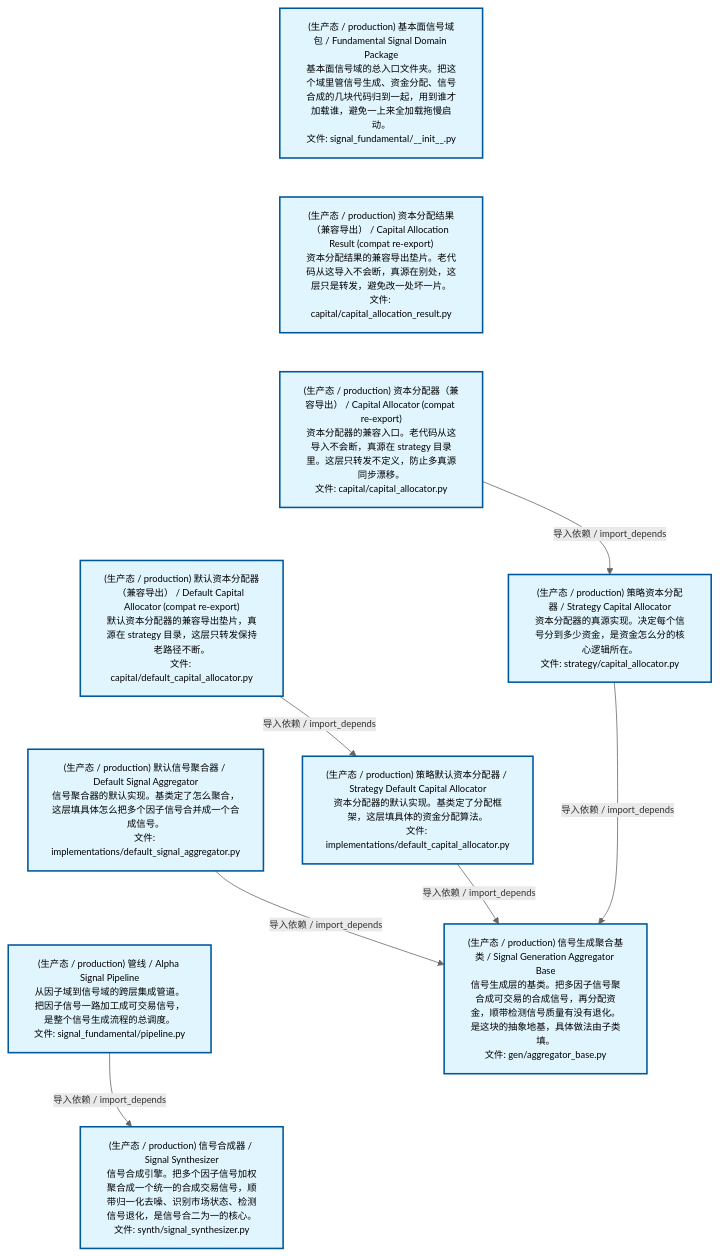
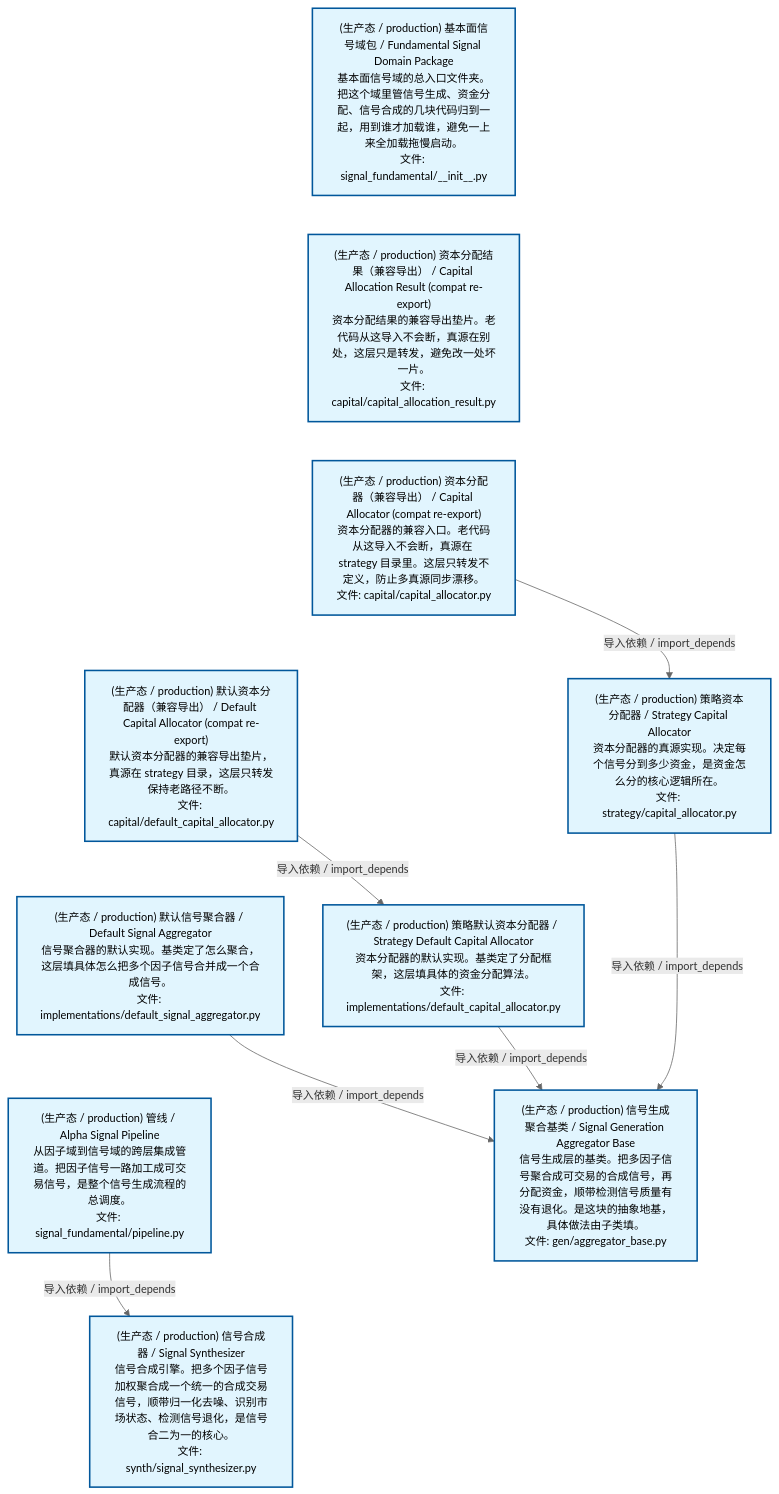
Before and after one commit to xuanFelixVan/ZephyrAlpha: the second of 4 diagrams in docs/02_enterprise_architecture/02_domain_architecture_docs/48_d_fundamental_signal.md, drawn with Mermaid. The commit also changed other lines of this file and 61 other files, not shown here.

````diff
--- a/docs/02_enterprise_architecture/02_domain_architecture_docs/48_d_fundamental_signal.md
+++ b/docs/02_enterprise_architecture/02_domain_architecture_docs/48_d_fundamental_signal.md
@@ -123,32 +123,32 @@
 ```mermaid
-%%{init: {'theme': 'base', 'themeVariables': {'primaryColor': '#eaeaea', 'primaryTextColor': '#333333', 'primaryBorderColor': '#666666', 'lineColor': '#666666', 'secondaryColor': '#eaeaea', 'tertiaryColor': '#eaeaea', 'fontSize': '12px'}}}%%
+%%{init: {'theme': 'base', 'themeVariables': {'primaryColor': '#eaeaea', 'primaryTextColor': '#333333', 'primaryBorderColor': '#666666', 'lineColor': '#666666', 'secondaryColor': '#eaeaea', 'tertiaryColor': '#eaeaea', 'fontSize': '14px'}}}%%
 flowchart TD
     src_zephyr_signal_fundamental_init_py["(生产态 / production) 基本面信号域包 / Fundamental Signal Domain Package<br/>基本面信号域的总入口文件夹。把这个域里管信号生成、资金分配、信号合成的几块代码归到一起，用到谁才加载谁，避免一上来全加载拖慢启动。<br/>文件: signal_fundamental/__init__.py"]
     src_zephyr_signal_fundamental_capital_capital_allocation_result_py["(生产态 / production) 资本分配结果（兼容导出） / Capital Allocation Result (compat re-export)<br/>资本分配结果的兼容导出垫片。老代码从这导入不会断，真源在别处，这层只是转发，避免改一处坏一片。<br/>文件: capital/capital_allocation_result.py"]
     src_zephyr_signal_fundamental_capital_capital_allocator_py["(生产态 / production) 资本分配器（兼容导出） / Capital Allocator (compat re-export)<br/>资本分配器的兼容入口。老代码从这导入不会断，真源在 strategy 目录里。这层只转发不定义，防止多真源同步漂移。<br/>文件: capital/capital_allocator.py"]
     src_zephyr_signal_fundamental_capital_default_capital_allocator_py["(生产态 / production) 默认资本分配器（兼容导出） / Default Capital Allocator (compat re-export)<br/>默认资本分配器的兼容导出垫片，真源在 strategy 目录，这层只转发保持老路径不断。<br/>文件: capital/default_capital_allocator.py"]
     src_zephyr_signal_fundamental_gen_implementations_default_signal_aggregator_py["(生产态 / production) 默认信号聚合器 / Default Signal Aggregator<br/>信号聚合器的默认实现。基类定了怎么聚合，这层填具体怎么把多个因子信号合并成一个合成信号。<br/>文件: implementations/default_signal_aggregator.py"]
     src_zephyr_signal_fundamental_pipeline_py["(生产态 / production) 管线 / Alpha Signal Pipeline<br/>从因子域到信号域的跨层集成管道。把因子信号一路加工成可交易信号，是整个信号生成流程的总调度。<br/>文件: signal_fundamental/pipeline.py"]
     src_zephyr_signal_fundamental_init_py ~~~ src_zephyr_signal_fundamental_capital_capital_allocation_result_py
     src_zephyr_signal_fundamental_capital_capital_allocation_result_py ~~~ src_zephyr_signal_fundamental_capital_capital_allocator_py
     src_zephyr_signal_fundamental_capital_capital_allocator_py ~~~ src_zephyr_signal_fundamental_capital_default_capital_allocator_py
     src_zephyr_signal_fundamental_capital_default_capital_allocator_py ~~~ src_zephyr_signal_fundamental_gen_implementations_default_signal_aggregator_py
     src_zephyr_signal_fundamental_gen_implementations_default_signal_aggregator_py ~~~ src_zephyr_signal_fundamental_pipeline_py
     src_zephyr_signal_fundamental_strategy_capital_allocator_py["(生产态 / production) 策略资本分配器 / Strategy Capital Allocator<br/>资本分配器的真源实现。决定每个信号分到多少资金，是资金怎么分的核心逻辑所在。<br/>文件: strategy/capital_allocator.py"]
     src_zephyr_signal_fundamental_strategy_implementations_default_capital_allocator_py["(生产态 / production) 策略默认资本分配器 / Strategy Default Capital Allocator<br/>资本分配器的默认实现。基类定了分配框架，这层填具体的资金分配算法。<br/>文件: implementations/default_capital_allocator.py"]
     src_zephyr_signal_fundamental_synth_signal_synthesizer_py["(生产态 / production) 信号合成器 / Signal Synthesizer<br/>信号合成引擎。把多个因子信号加权聚合成一个统一的合成交易信号，顺带归一化去噪、识别市场状态、检测信号退化，是信号合二为一的核心。<br/>文件: synth/signal_synthesizer.py"]
     src_zephyr_signal_fundamental_strategy_capital_allocator_py ~~~ src_zephyr_signal_fundamental_strategy_implementations_default_capital_allocator_py
     src_zephyr_signal_fundamental_strategy_implementations_default_capital_allocator_py ~~~ src_zephyr_signal_fundamental_synth_signal_synthesizer_py
     src_zephyr_signal_fundamental_gen_aggregator_base_py["(生产态 / production) 信号生成聚合基类 / Signal Generation Aggregator Base<br/>信号生成层的基类。把多因子信号聚合成可交易的合成信号，再分配资金，顺带检测信号质量有没有退化。是这块的抽象地基，具体做法由子类填。<br/>文件: gen/aggregator_base.py"]
     src_zephyr_signal_fundamental_pipeline_py -->|导入依赖 / import_depends| src_zephyr_signal_fundamental_synth_signal_synthesizer_py
     src_zephyr_signal_fundamental_capital_capital_allocator_py -->|导入依赖 / import_depends| src_zephyr_signal_fundamental_strategy_capital_allocator_py
     src_zephyr_signal_fundamental_capital_default_capital_allocator_py -->|导入依赖 / import_depends| src_zephyr_signal_fundamental_strategy_implementations_default_capital_allocator_py
     src_zephyr_signal_fundamental_gen_implementations_default_signal_aggregator_py -->|导入依赖 / import_depends| src_zephyr_signal_fundamental_gen_aggregator_base_py
+    src_zephyr_signal_fundamental_strategy_implementations_default_capital_allocator_py -->|导入依赖 / import_depends| src_zephyr_signal_fundamental_gen_aggregator_base_py
     src_zephyr_signal_fundamental_strategy_capital_allocator_py -->|导入依赖 / import_depends| src_zephyr_signal_fundamental_gen_aggregator_base_py
-    src_zephyr_signal_fundamental_strategy_implementations_default_capital_allocator_py -->|导入依赖 / import_depends| src_zephyr_signal_fundamental_gen_aggregator_base_py
     classDef production fill:#e1f5fe,stroke:#01579b,stroke-width:2px,color:#000
     classDef design fill:#fff3e0,stroke:#e65100,stroke-width:2px,color:#000,stroke-dasharray: 5 5
     classDef external_prod fill:#e8f4fd,stroke:#0277bd,stroke-width:1px,color:#000
     classDef external_design fill:#fff8e7,stroke:#ef6c00,stroke-width:1px,color:#000,stroke-dasharray: 5 5
     class src_zephyr_signal_fundamental_init_py,src_zephyr_signal_fundamental_capital_capital_allocation_result_py,src_zephyr_signal_fundamental_capital_capital_allocator_py,src_zephyr_signal_fundamental_capital_default_capital_allocator_py,src_zephyr_signal_fundamental_gen_aggregator_base_py,src_zephyr_signal_fundamental_gen_implementations_default_signal_aggregator_py,src_zephyr_signal_fundamental_pipeline_py,src_zephyr_signal_fundamental_strategy_capital_allocator_py,src_zephyr_signal_fundamental_strategy_implementations_default_capital_allocator_py,src_zephyr_signal_fundamental_synth_signal_synthesizer_py production
 ```
````
